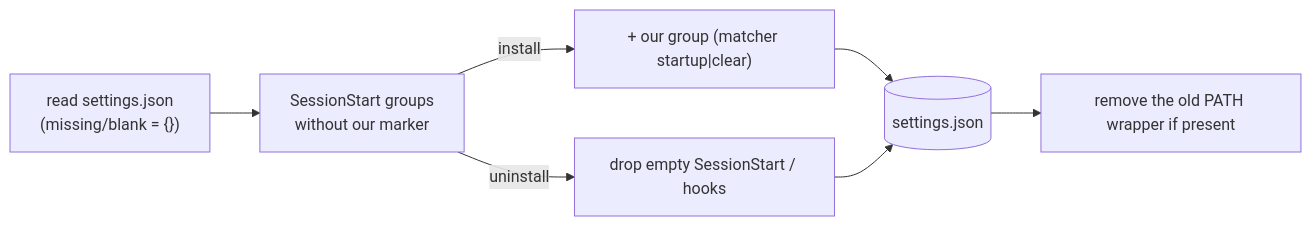
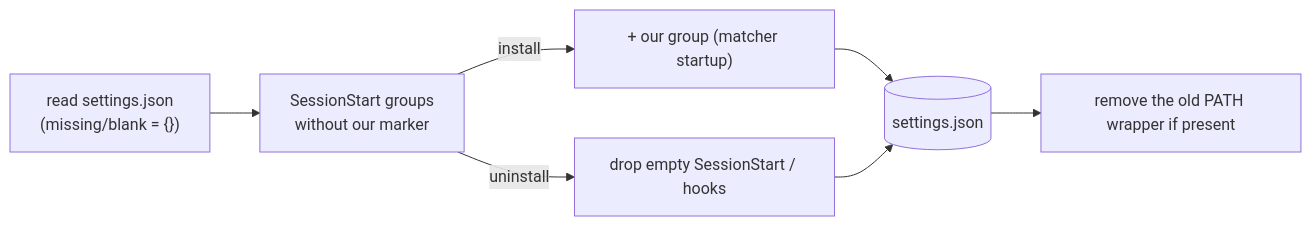
One commit to cheneeheng/claude-code-command-center changed the fourth of 4 diagrams in tools/session-name-date-prefixer/product/ARCHITECTURE.md. Above: the diagram before and after it, drawn with Mermaid. The commit also changed other lines of this file and 7 other files, not shown here.

````diff
--- a/tools/session-name-date-prefixer/product/ARCHITECTURE.md
+++ b/tools/session-name-date-prefixer/product/ARCHITECTURE.md
@@ -59,7 +59,7 @@
 ```mermaid
 flowchart LR
     read["read settings.json<br/>(missing/blank = {})"] --> filter["SessionStart groups<br/>without our marker"]
-    filter -->|install| add["+ our group (matcher startup|clear)"] --> save[("settings.json")]
+    filter -->|install| add["+ our group (matcher startup)"] --> save[("settings.json")]
     filter -->|uninstall| drop["drop empty SessionStart / hooks"] --> save
     save --> old["remove the old PATH wrapper if present"]
 ```
````
